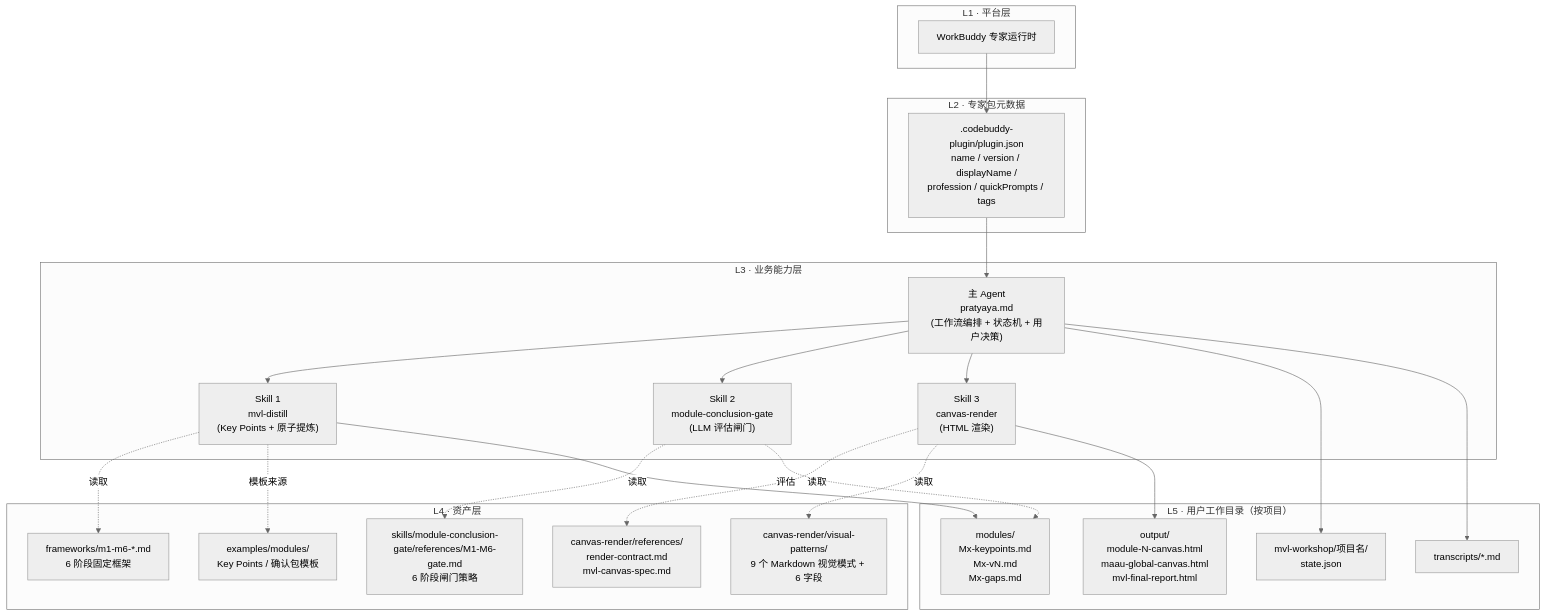
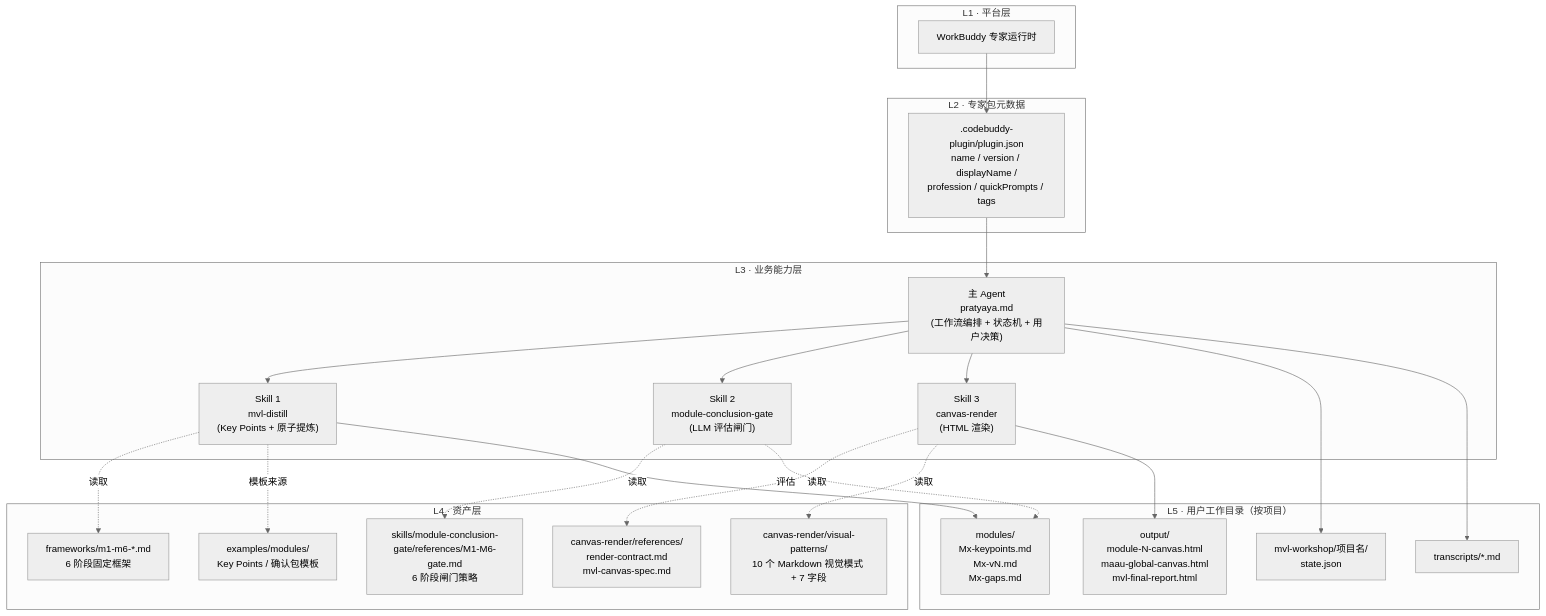
One commit to wanghongbj321-code/pratyaya changed the first of 9 diagrams in docs/MVL-整体架构设计.md. Above: the diagram before and after it, drawn with Mermaid (neutral theme). The commit also changed other lines of this file and 42 other files, not shown here.

````diff
--- a/docs/MVL-整体架构设计.md
+++ b/docs/MVL-整体架构设计.md
@@ -73,48 +73,48 @@
 ```mermaid
 flowchart TB
     subgraph L1["L1 · 平台层"]
         P[WorkBuddy 专家运行时]
     end
 
     subgraph L2["L2 · 专家包元数据"]
         META[".codebuddy-plugin/plugin.json<br/>name / version / displayName /<br/>profession / quickPrompts / tags"]
     end
 
     subgraph L3["L3 · 业务能力层"]
         AGENT["主 Agent<br/>pratyaya.md<br/>(工作流编排 + 状态机 + 用户决策)"]
         SK1["Skill 1<br/>mvl-distill<br/>(Key Points + 原子提炼)"]
         SK2["Skill 2<br/>module-conclusion-gate<br/>(LLM 评估闸门)"]
         SK3["Skill 3<br/>canvas-render<br/>(HTML 渲染)"]
     end
 
     subgraph L4["L4 · 资产层"]
         FW["frameworks/m1-m6-*.md<br/>6 阶段固定框架"]
         GP["skills/module-conclusion-gate/references/M1-M6-gate.md<br/>6 阶段闸门策略"]
         RC["canvas-render/references/<br/>render-contract.md<br/>mvl-canvas-spec.md"]
-        VP["canvas-render/visual-patterns/<br/>9 个 Markdown 视觉模式 + 6 字段"]
+        VP["canvas-render/visual-patterns/<br/>10 个 Markdown 视觉模式 + 7 字段"]
         EX["examples/modules/<br/>Key Points / 确认包模板"]
     end
 
     subgraph L5["L5 · 用户工作目录（按项目）"]
         ST["mvl-workshop/项目名/<br/>state.json"]
         TR["transcripts/*.md"]
         MD["modules/<br/>Mx-keypoints.md<br/>Mx-vN.md<br/>Mx-gaps.md"]
         OUT["output/<br/>module-N-canvas.html<br/>maau-global-canvas.html<br/>mvl-final-report.html"]
     end
 
     P --> META
     META --> AGENT
     AGENT --> SK1
     AGENT --> SK2
     AGENT --> SK3
     SK1 -.读取.-> FW
     SK2 -.读取.-> GP
     SK3 -.读取.-> RC
     SK3 -.读取.-> VP
     SK1 -.模板来源.-> EX
     AGENT --> ST
     SK1 --> MD
     SK2 -.评估.-> MD
     SK3 --> OUT
     AGENT --> TR
 ```
````
